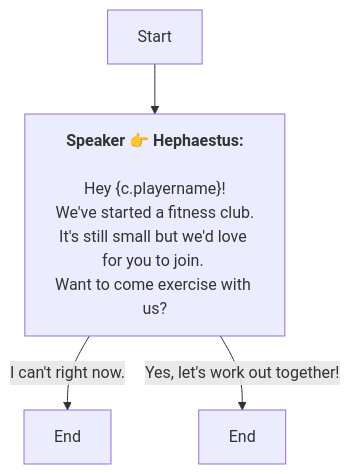
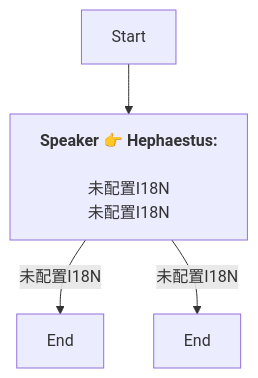
The diagram in Zh/QuestTalkObjectiveNode_1751363785150787.md (SoftHu/tos_avg), drawn with Mermaid before and after one commit. The commit also changed 780 other files, not shown here.

````diff
--- a/Zh/QuestTalkObjectiveNode_1751363785150787.md
+++ b/Zh/QuestTalkObjectiveNode_1751363785150787.md
@@ -1,10 +1,8 @@
 ```mermaid
 graph
 Start -->1772589905615049[<b>Speaker 👉 Hephaestus:</b>
-\nHey &lbrace;c.playername&rbrace;!
-We've started a fitness club.\nIt's still small but we'd love for you to join. 
-Want to come exercise with us?]
-1772589905615049 -->|I can't right now.|1772589905615054[End]
-1772589905615049 -->|Yes, let's work out together!|1772589905615053[End]
+\n未配置I18N\n未配置I18N]
+1772589905615049 -->|未配置I18N|1772589905615053[End]
+1772589905615049 -->|未配置I18N|1772589905615054[End]
 
 ```
````
